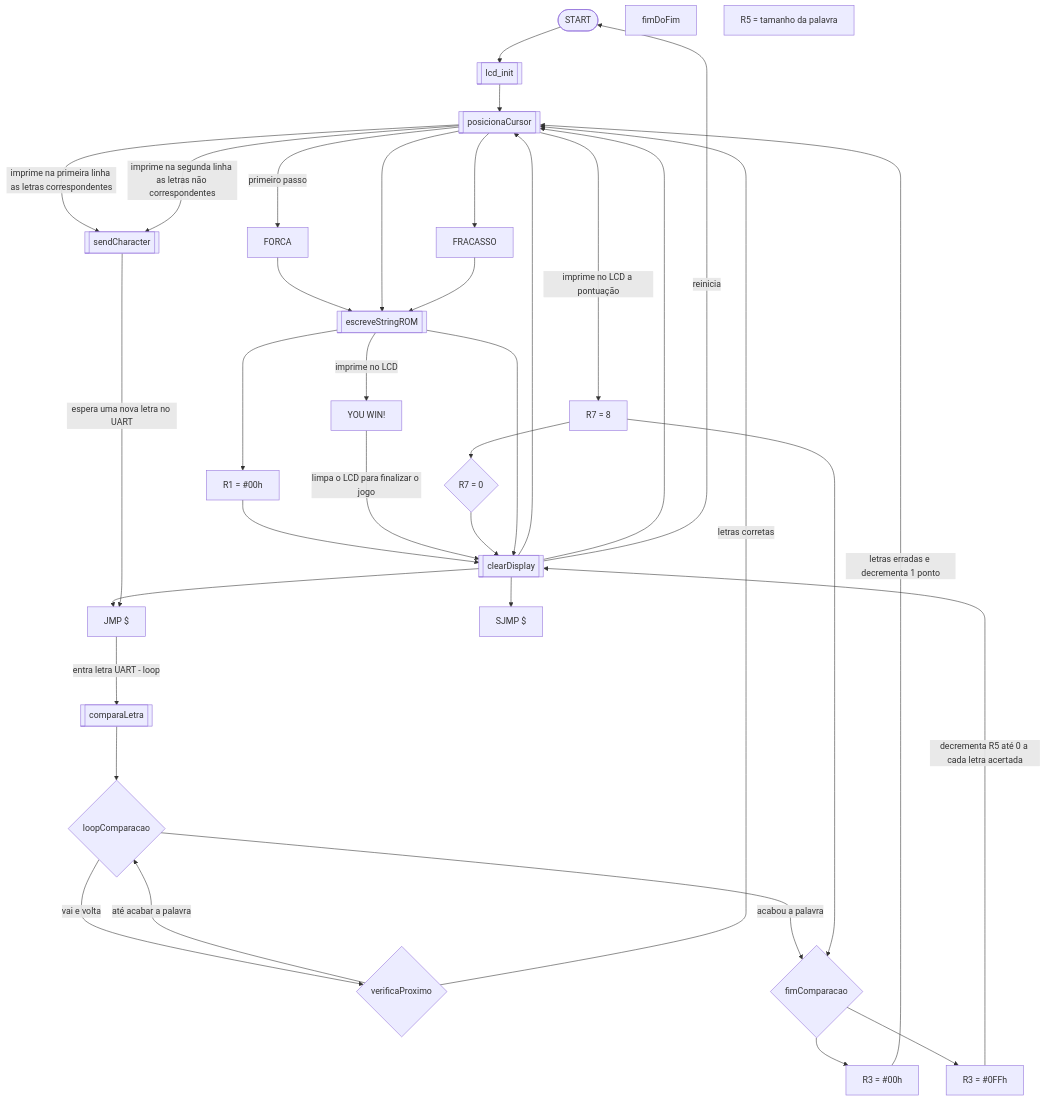
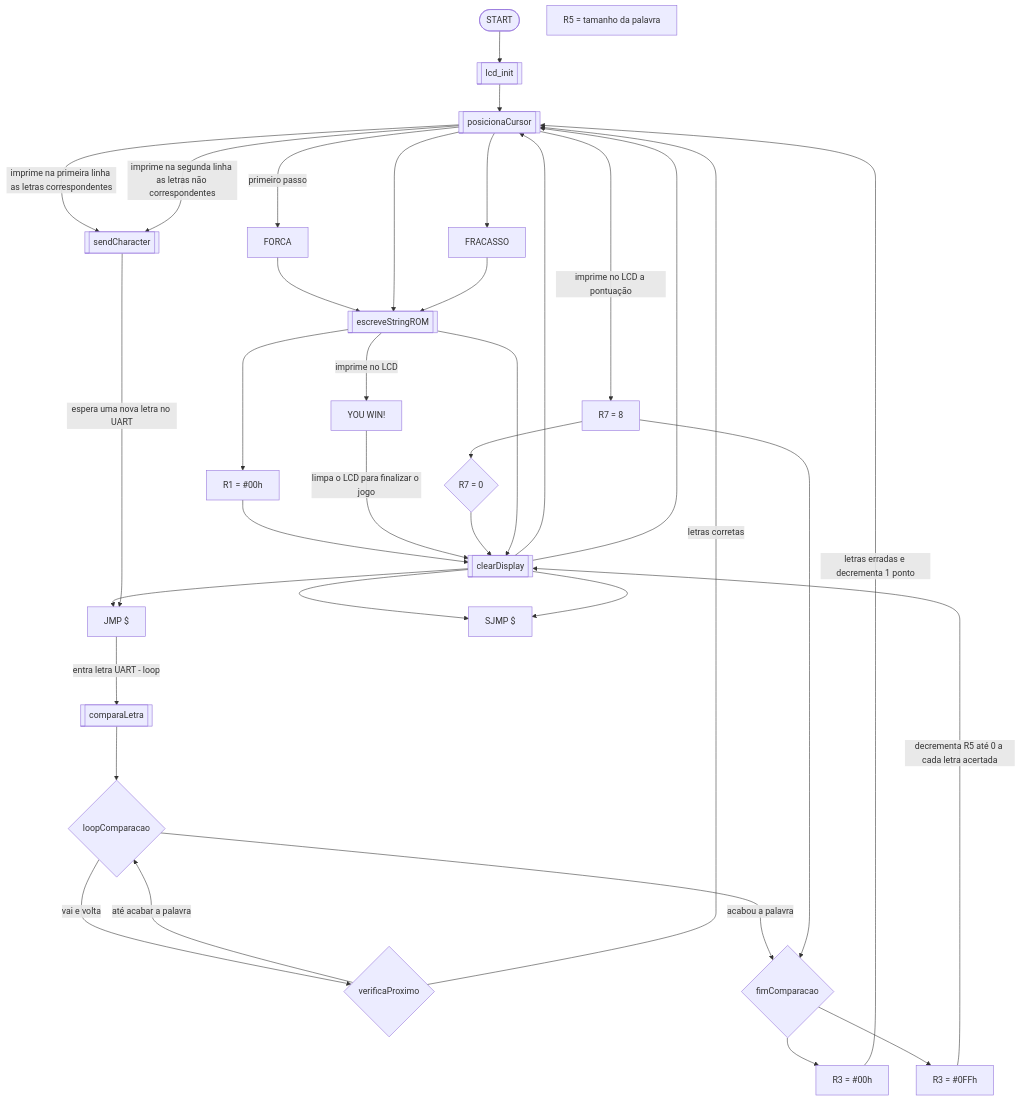
The diagram in README.md (Humbertin07/PJ.FORCA_ASSEMBLY), drawn with Mermaid before and after one commit. The commit also changed other lines of this file, not shown here.

````diff
--- a/README.md
+++ b/README.md
@@ -41,41 +42,40 @@
 ```mermaid
 graph TD;
 
 start([START])
 LCD[[lcd_init]]
 ROM[[escreveStringROM]]
 cursor[[posicionaCursor]]
 display[[clearDisplay]]
 compara[[comparaLetra]]
 send[[sendCharacter]]
 aoba[FORCA]
 r1[R1 = #00h]
 r3[R3 = #00h]
 r3f[R3 = #0FFh]
 jmp[JMP $]
 loop{loopComparacao}
 verifica{verificaProximo}
 fimcomp{fimComparacao}
-fim[fimDoFim]
 r7[R7 = 8]
 r7f{R7 = 0}
 r5[R5 = tamanho da palavra]
 fraco[FRACASSO]
 ganhar[YOU WIN!]
 sjmp[SJMP $]
 
 start-->LCD-->cursor--->|primeiro passo|aoba
 aoba-->ROM-->r1-->display-->jmp
 jmp--->|entra letra UART - loop|compara
 compara-->loop--->|vai e volta|verifica--->|até acabar a palavra|loop
 verifica--->|letras corretas|cursor--->|imprime na primeira linha as letras correspondentes|send
 send--->|espera uma nova letra no UART|jmp
 loop--->|acabou a palavra|fimcomp-->r3--->|letras erradas e decrementa 1 ponto|cursor
 cursor--->|imprime na segunda linha as letras não correspondentes|send
 fimcomp-->r3f--->|decrementa R5 até 0 a cada letra acertada|display-->cursor-->ROM--->|imprime no LCD|ganhar
 ganhar--->|limpa o LCD para finalizar o jogo|display-->sjmp
 cursor--->|imprime no LCD a pontuação|r7-->fimcomp
-r7-->r7f-->display-->cursor-->fraco-->ROM-->display--->|reinicia|start
+r7-->r7f-->display-->cursor-->fraco-->ROM-->display-->sjmp
 
 
 ```
````
